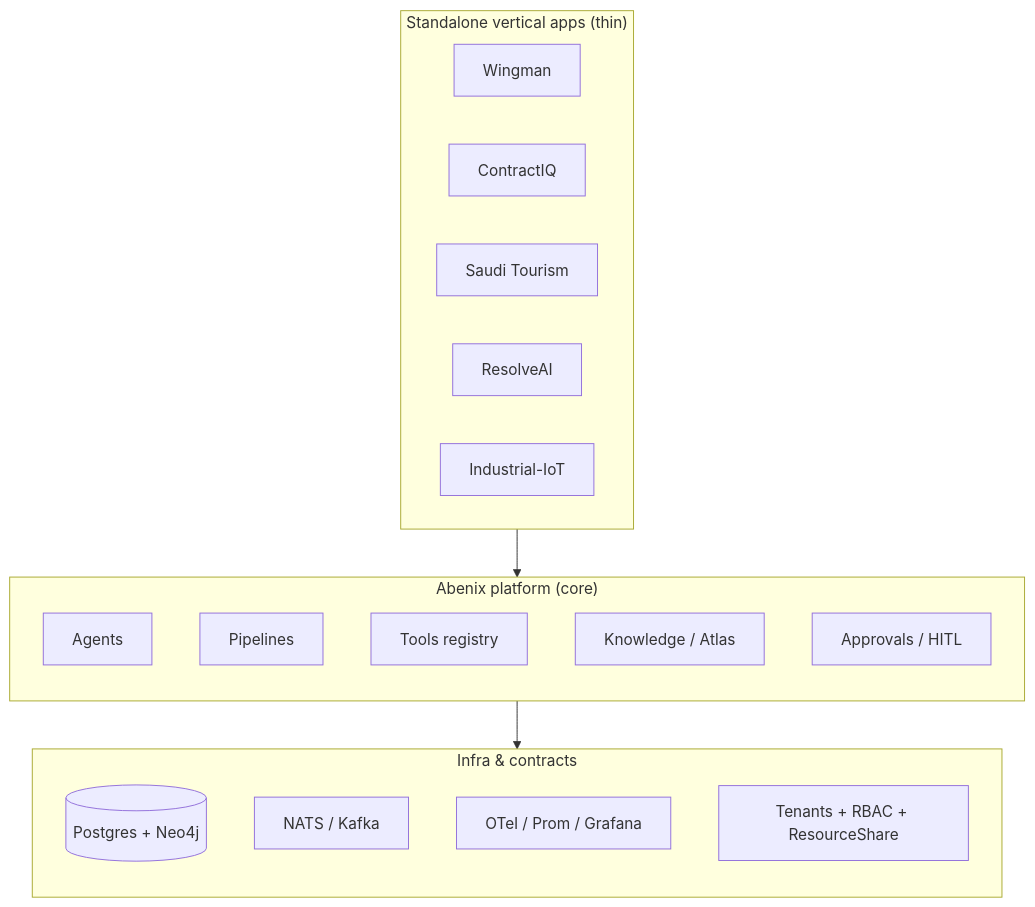
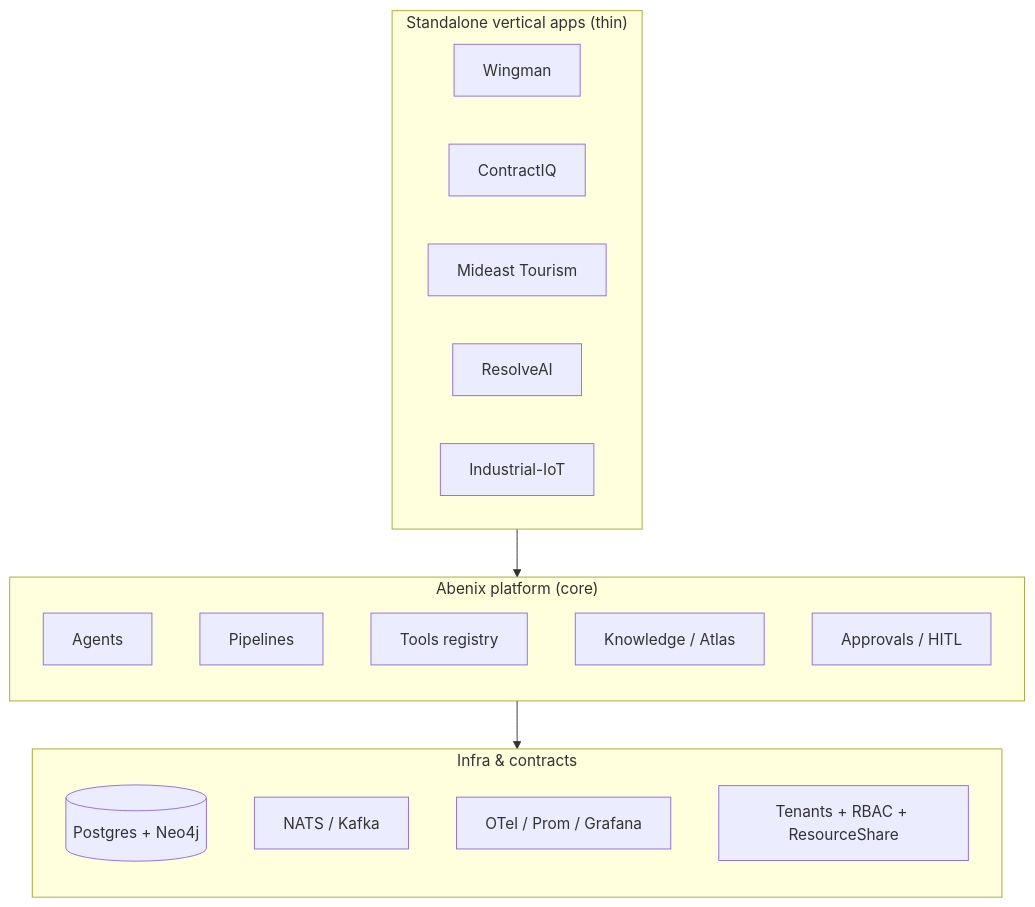
Before and after one commit to sarkar4777/abenix: the first of 2 diagrams in docs/01-architecture/00-overview.md, drawn with Mermaid. The commit also changed 142 other files, not shown here.

````diff
--- a/docs/01-architecture/00-overview.md
+++ b/docs/01-architecture/00-overview.md
@@ -15,30 +15,30 @@
 ```mermaid
 flowchart TB
   subgraph PERIPHERY["Standalone vertical apps (thin)"]
     W[Wingman]
     C[ContractIQ]
-    S[Saudi Tourism]
+    S[Mideast Tourism]
     R[ResolveAI]
     I[Industrial-IoT]
   end
 
   subgraph PLATFORM["Abenix platform (core)"]
     direction TB
     A[Agents]
     P[Pipelines]
     T[Tools registry]
     K[Knowledge / Atlas]
     AP[Approvals / HITL]
   end
 
   subgraph FOUNDATION["Infra & contracts"]
     direction TB
     DB[(Postgres + Neo4j)]
     Q[NATS / Kafka]
     OBS[OTel / Prom / Grafana]
     RBAC[Tenants + RBAC + ResourceShare]
   end
 
   PERIPHERY --> PLATFORM
   PLATFORM --> FOUNDATION
 ```
````
